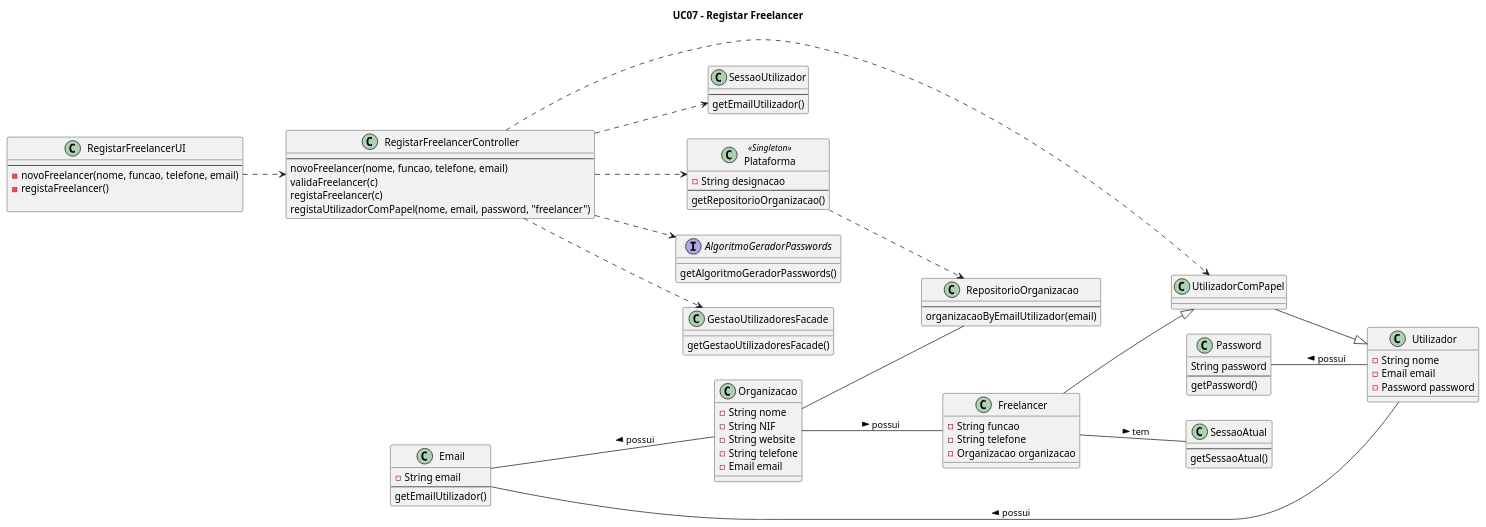
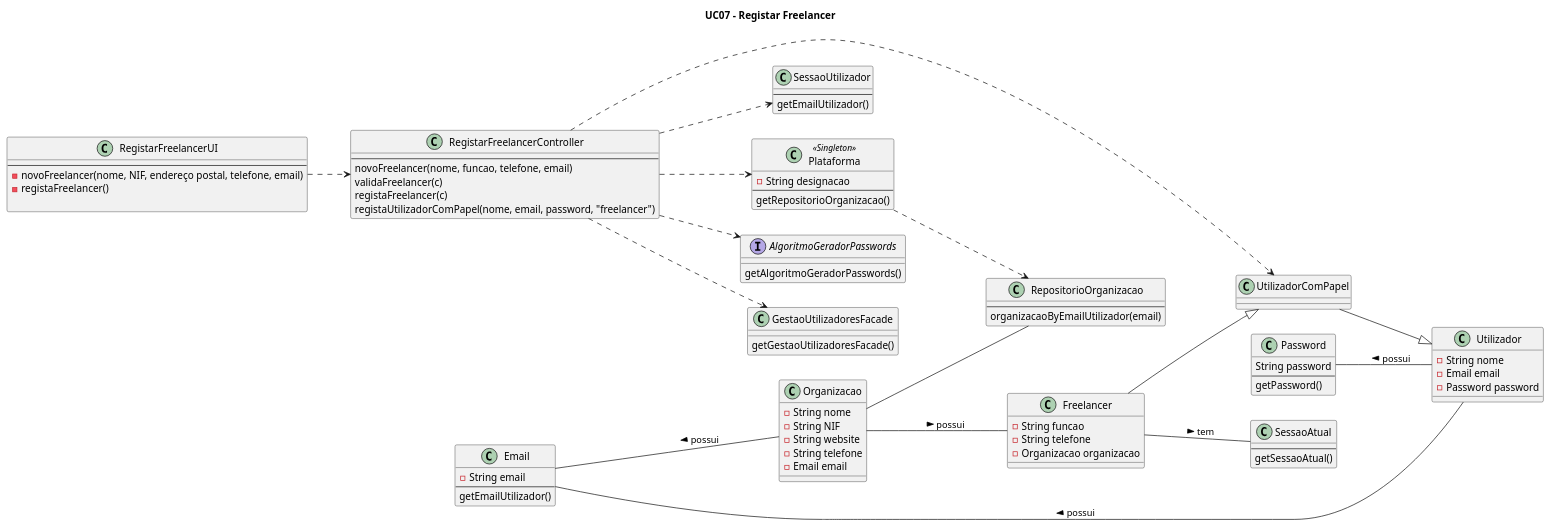
Before and after one commit to blestonbandeiraUPSKILL/upskill_java1_labprg_grupo2: the diagram in Documentação/Sprint 3/UC07_Registar_Freelancer/UC07_Registar_Freelancer_Diagrama_Classes.puml, drawn with PlantUML.

```diff
--- a/Documentação/Sprint 3/UC07_Registar_Freelancer/UC07_Registar_Freelancer_Diagrama_Classes.puml
+++ b/Documentação/Sprint 3/UC07_Registar_Freelancer/UC07_Registar_Freelancer_Diagrama_Classes.puml
@@ -1,104 +1,104 @@
 @startuml
 
 title UC07 - Registar Freelancer
 
 left to right direction
 
 class Plataforma <<Singleton>> {
     -String designacao
     --
     getRepositorioOrganizacao()
 }
 
 class RegistarFreelancerUI{
     --
-    -novoFreelancer(nome, funcao, telefone, email)
+    -novoFreelancer(nome, NIF, endereço postal, telefone, email)
     -registaFreelancer()
 
 }
 
 class RegistarFreelancerController{
     --
     novoFreelancer(nome, funcao, telefone, email)
     validaFreelancer(c)
     registaFreelancer(c)
     registaUtilizadorComPapel(nome, email, password, "freelancer")
 }
 
 class Organizacao {
     -String nome
     -String NIF
     -String website
     -String telefone
     -Email email
 }
 
 class Freelancer {
     -String funcao
     -String telefone
     -Organizacao organizacao
 }
 
 class Utilizador {
     -String nome
     -Email email
     -Password password
 }
 
 class GestaoUtilizadoresFacade{
     getGestaoUtilizadoresFacade()
 }
 
 class SessaoAtual{
     --
     getSessaoAtual()
 }
 
 class SessaoUtilizador{
     --
     getEmailUtilizador()
 }
 
 class RepositorioOrganizacao{
     --
     organizacaoByEmailUtilizador(email)
 }
 
 interface AlgoritmoGeradorPasswords{
     getAlgoritmoGeradorPasswords()
 }
 
 class Password{
     String password
     --
     getPassword()
 }
 
 class UtilizadorComPapel{
 }
 
 
 class Email {
     -String email
     --
     getEmailUtilizador()
 }
 
 RegistarFreelancerUI ..> RegistarFreelancerController
 RegistarFreelancerController ..> Plataforma
 RegistarFreelancerController ..> GestaoUtilizadoresFacade
 RegistarFreelancerController ..> SessaoUtilizador
 Organizacao -- Freelancer: possui >
 Freelancer --|> UtilizadorComPapel
 UtilizadorComPapel --|> Utilizador
 Email -- Utilizador: < possui
 Password -- Utilizador: < possui
 Email -- Organizacao: < possui
 Organizacao -- RepositorioOrganizacao
 Freelancer -- SessaoAtual: tem >
 RegistarFreelancerController ..> UtilizadorComPapel
 RegistarFreelancerController ..> AlgoritmoGeradorPasswords
 Plataforma ..> RepositorioOrganizacao
 
 
 @enduml
```
